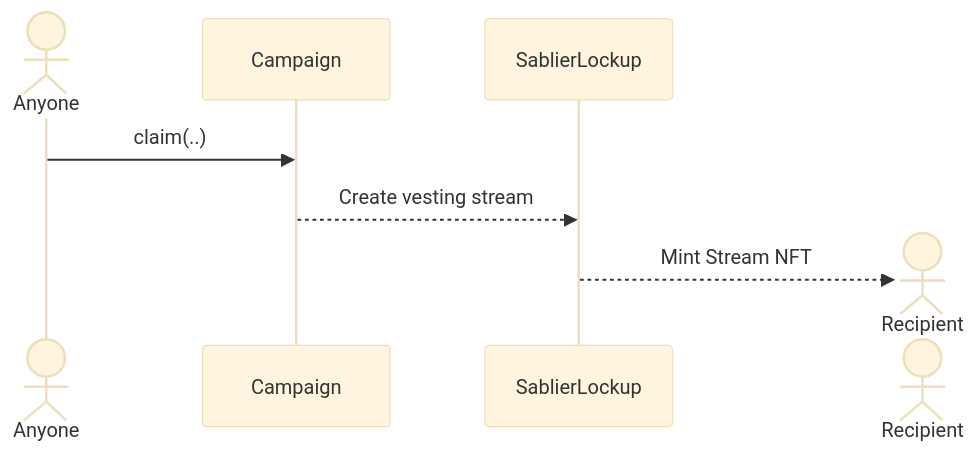
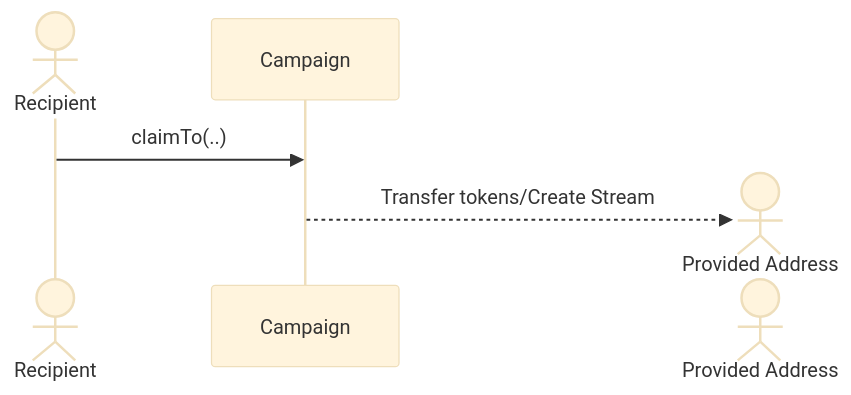
One commit to sablier-labs/docs changed the second of 4 diagrams in docs/reference/airdrops/03-access-control.md. Above: the diagram before and after it, drawn with Mermaid (base theme). The commit also changed other lines of this file and 274 other files, not shown here.

````diff
--- a/docs/reference/airdrops/03-access-control.md
+++ b/docs/reference/airdrops/03-access-control.md
@@ -53,9 +73,8 @@
 ```mermaid
 sequenceDiagram
-  actor Anyone
+  actor Recipient
 
-  Anyone ->> Campaign: claim(..)
-  Campaign -->> SablierLockup: Create vesting stream
-  Create actor Recipient
-  SablierLockup -->> Recipient: Mint Stream NFT
+  Recipient ->> Campaign: claimTo(..)
+  Create actor Provided Address
+  Campaign -->> Provided Address: Transfer tokens/Create Stream
 ```
````
